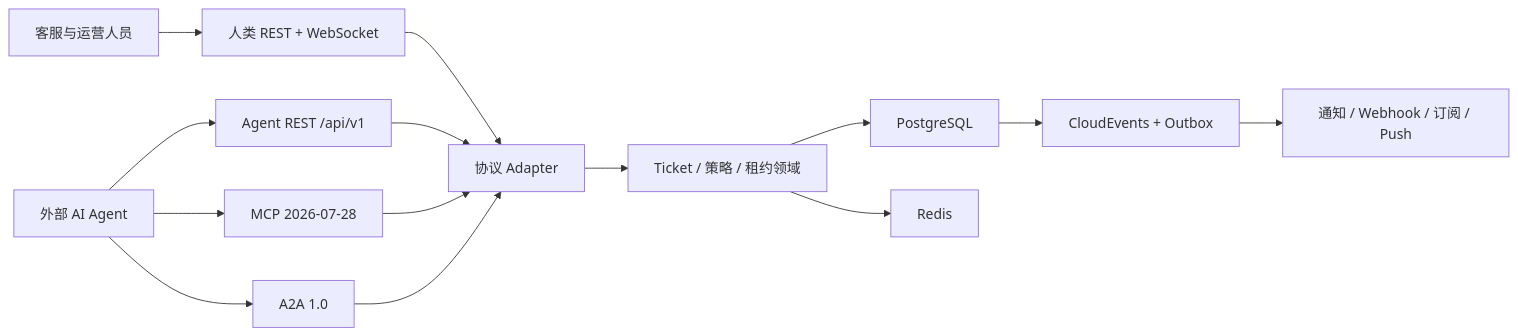
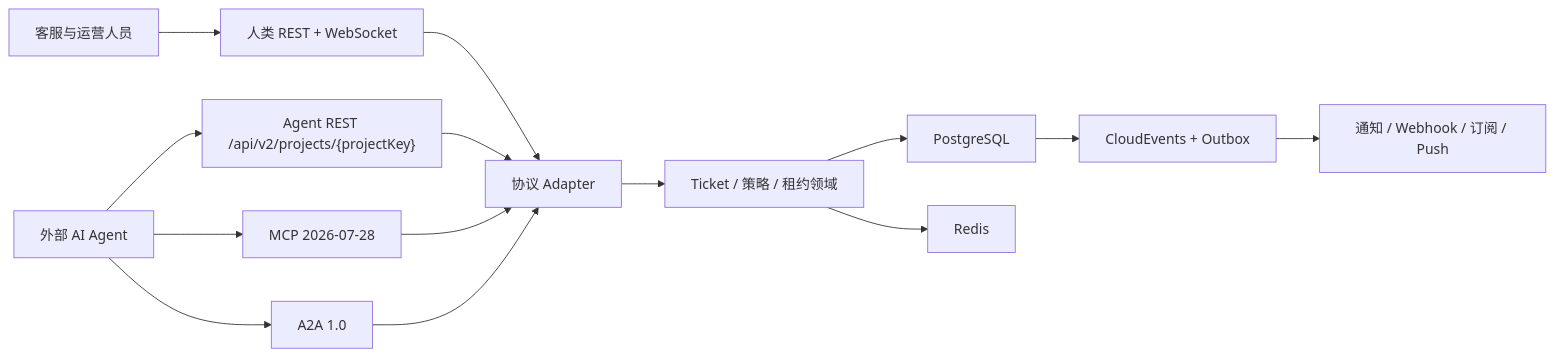
Before and after one commit to seaworld008/chronodesk: the diagram in README.zh-CN.md, drawn with Mermaid. The commit also changed other lines of this file and 360 other files, not shown here.

````diff
--- a/README.zh-CN.md
+++ b/README.zh-CN.md
@@ -46,16 +100,16 @@
 ```mermaid
 flowchart LR
     Users["客服与运营人员"] --> Human["人类 REST + WebSocket"]
-    Agents["外部 AI Agent"] --> REST["Agent REST /api/v1"]
+    Agents["外部 AI Agent"] --> REST["Agent REST /api/v2/projects/{projectKey}"]
     Agents --> MCP["MCP 2026-07-28"]
     Agents --> A2A["A2A 1.0"]
     Human --> Adapters["协议 Adapter"]
     REST --> Adapters
     MCP --> Adapters
     A2A --> Adapters
     Adapters --> Domain["Ticket / 策略 / 租约领域"]
     Domain --> PG["PostgreSQL"]
     Domain --> Redis["Redis"]
     PG --> Outbox["CloudEvents + Outbox"]
     Outbox --> Integrations["通知 / Webhook / 订阅 / Push"]
 ```
````
